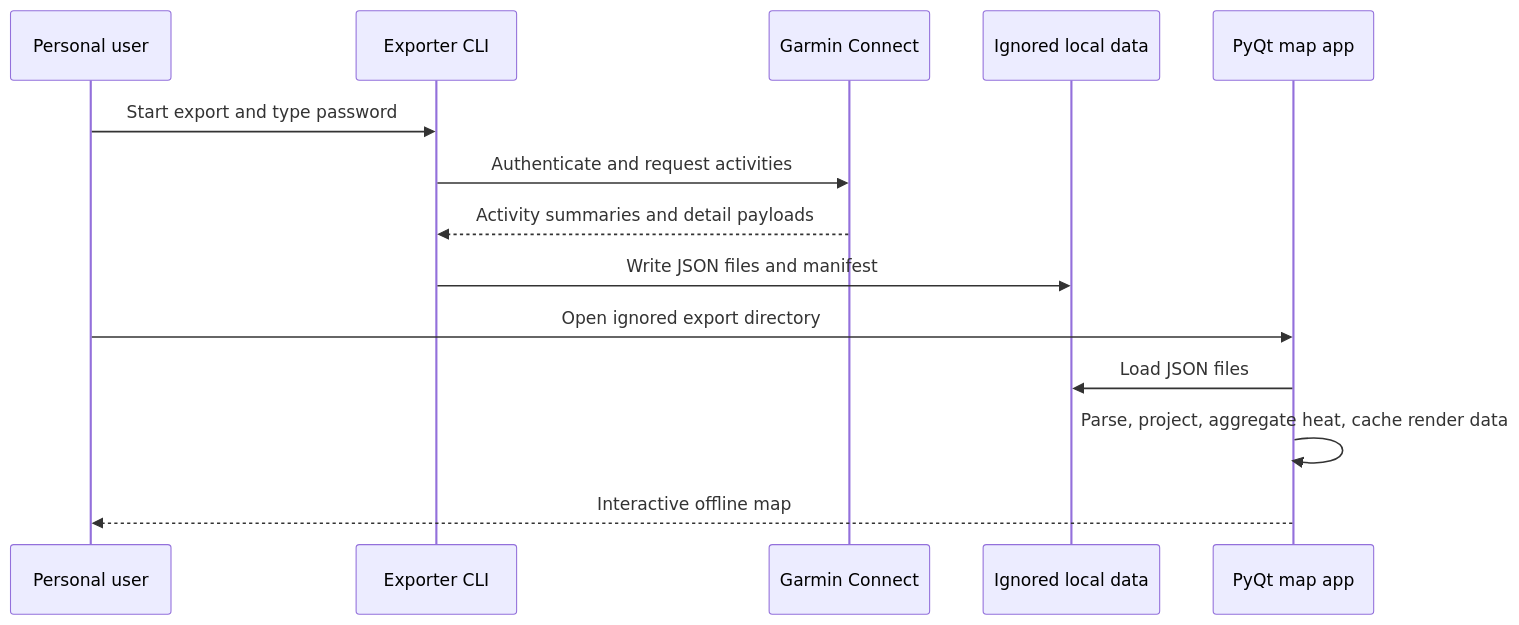
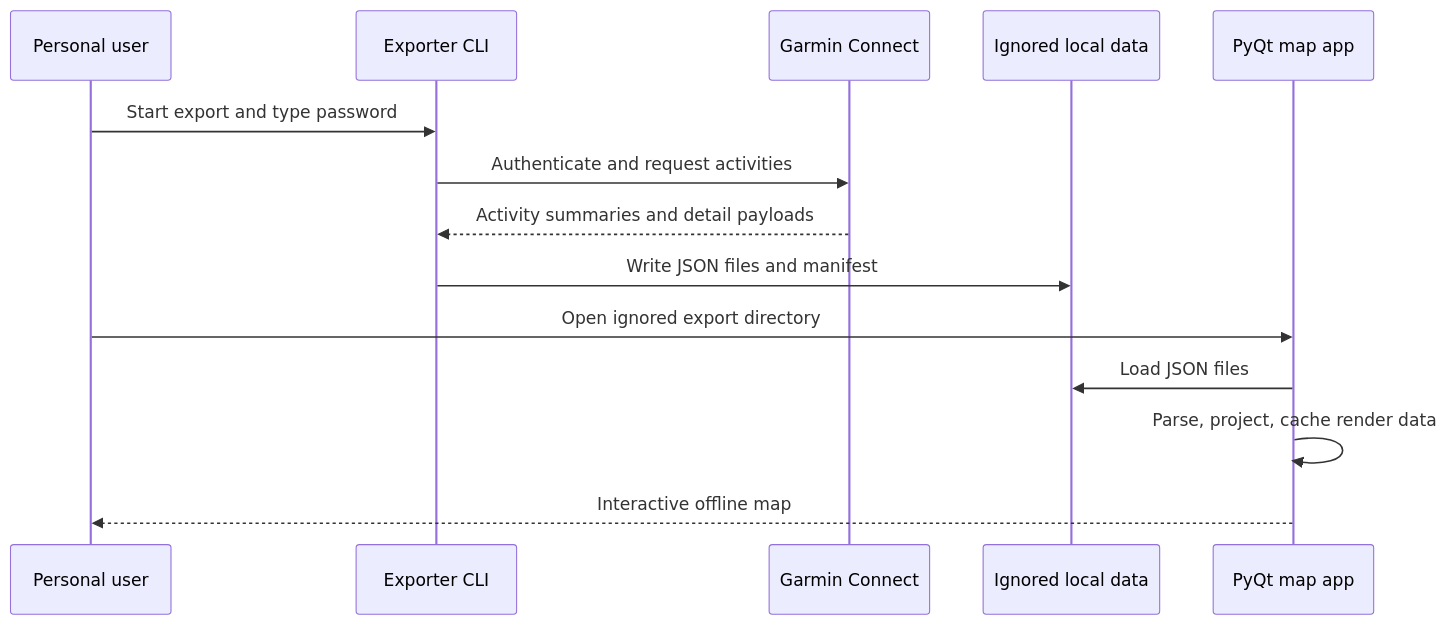
The fourth of 4 diagrams in documents/architecture.md (marcelpetrick/GarminActivityMap), drawn with Mermaid before and after one commit. The commit also changed other lines of this file and 12 other files, not shown here.

````diff
--- a/documents/architecture.md
+++ b/documents/architecture.md
@@ -92,17 +88,17 @@
 ```mermaid
 sequenceDiagram
   participant U as Personal user
   participant E as Exporter CLI
   participant G as Garmin Connect
   participant D as Ignored local data
   participant M as PyQt map app
 
   U->>E: Start export and type password
   E->>G: Authenticate and request activities
   G-->>E: Activity summaries and detail payloads
   E->>D: Write JSON files and manifest
   U->>M: Open ignored export directory
   M->>D: Load JSON files
-  M->>M: Parse, project, aggregate heat, cache render data
+  M->>M: Parse, project, cache render data
   M-->>U: Interactive offline map
 ```
````
